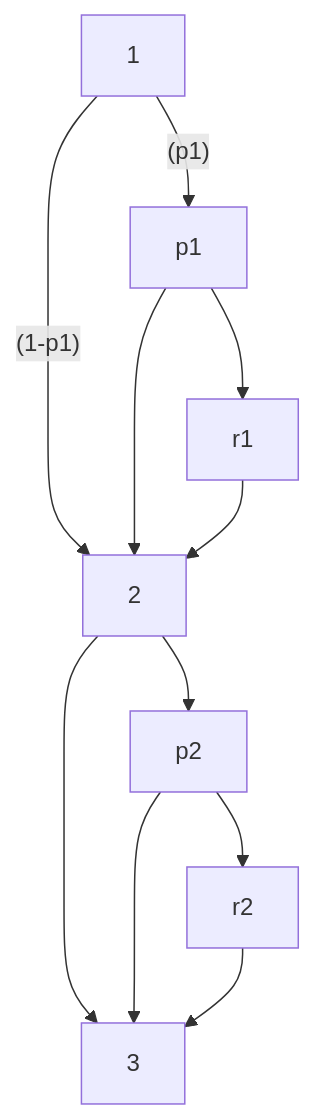
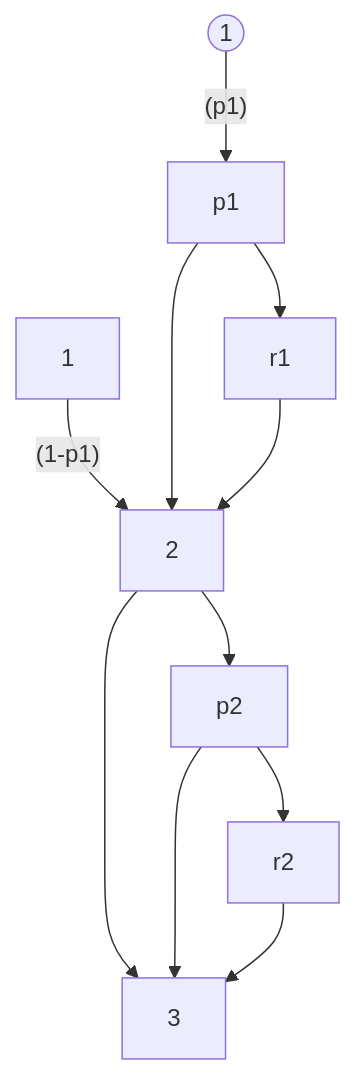
One commit to bfeitknecht/vault changed the diagram in vault/sem2/AuW/UE/cx/bf/cx07-bf.md. Above: the diagram before and after it, drawn with Mermaid. The commit also changed other lines of this file and 5 other files, not shown here.

````diff
--- a/vault/sem2/AuW/UE/cx/bf/cx07-bf.md
+++ b/vault/sem2/AuW/UE/cx/bf/cx07-bf.md
@@ -9,14 +9,14 @@
 ```mermaid
 graph TD;
 
-1 --"(p1)"--> p1
+id1((1))--"(p1)"--> p1
 1 --"(1-p1)"--> 2
 p1 --> r1
 p1 --> 2
 r1 --> 2
 2 --> 3
 2 --> p2
 p2 --> 3
 p2 --> r2
 r2 --> 3
 ```
````
